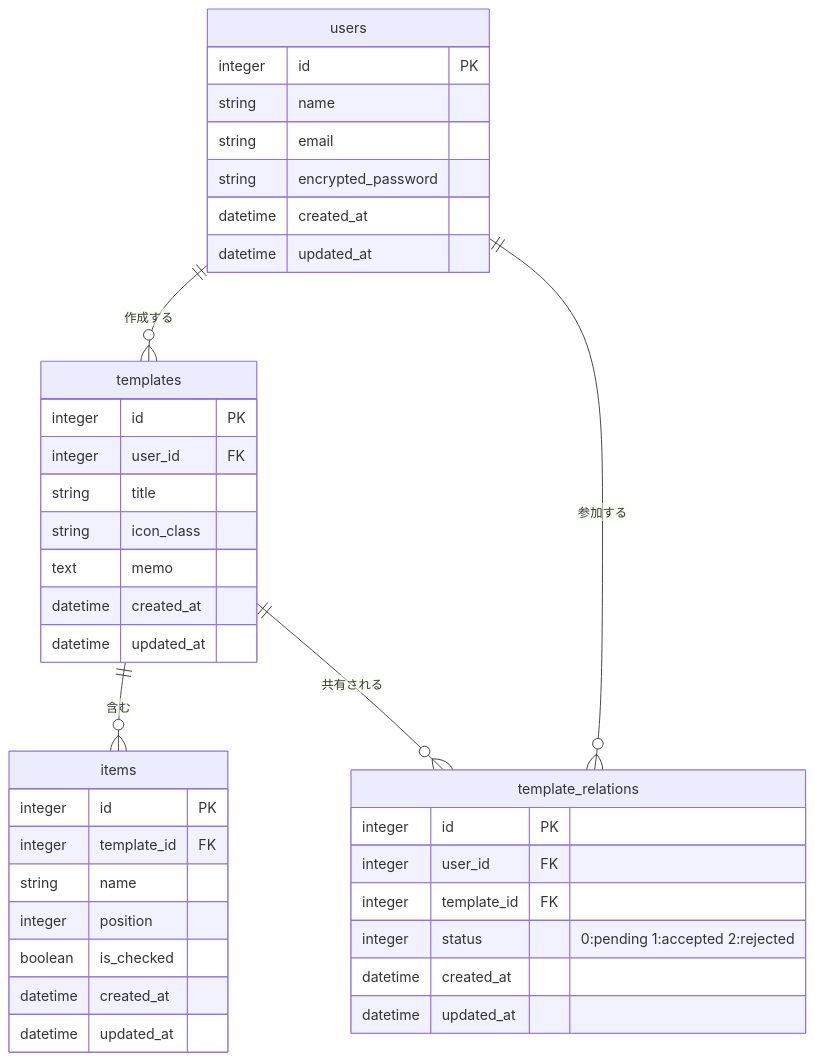
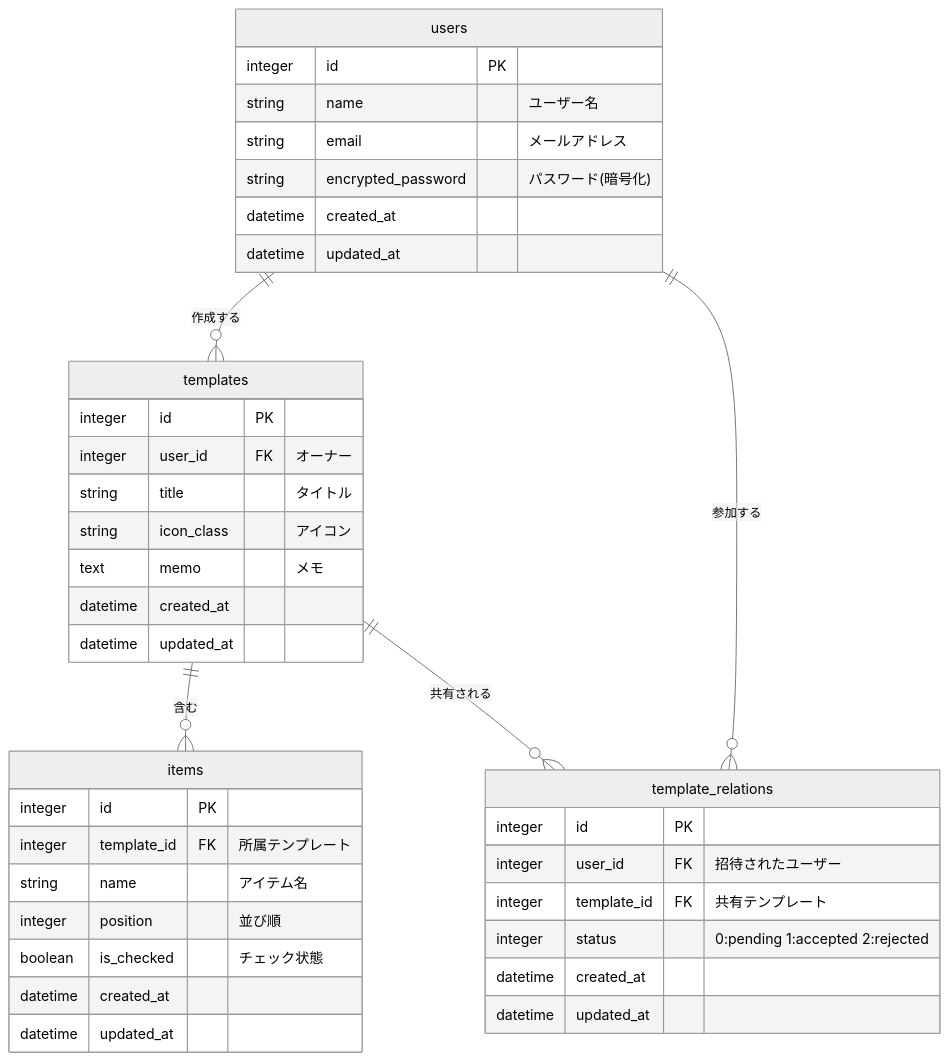
Before and after one commit to Tyapiiiiii/list_app: the first of 2 diagrams in README.md, drawn with Mermaid. The commit also changed 2 other files, not shown here.

Commit message:
ER図の改善

````diff
--- a/README.md
+++ b/README.md
@@ -144,42 +144,43 @@
 ```mermaid
+%%{init: {'theme': 'neutral', 'er': {'layoutDirection': 'TB'}}}%%
 erDiagram
     users {
-        integer id PK
-        string name
-        string email
-        string encrypted_password
+        integer  id                PK
+        string   name              "ユーザー名"
+        string   email             "メールアドレス"
+        string   encrypted_password "パスワード(暗号化)"
         datetime created_at
         datetime updated_at
     }
     templates {
-        integer id PK
-        integer user_id FK
-        string title
-        string icon_class
-        text memo
+        integer  id          PK
+        integer  user_id     FK "オーナー"
+        string   title       "タイトル"
+        string   icon_class  "アイコン"
+        text     memo        "メモ"
         datetime created_at
         datetime updated_at
     }
     items {
-        integer id PK
-        integer template_id FK
-        string name
-        integer position
-        boolean is_checked
+        integer  id          PK
+        integer  template_id FK "所属テンプレート"
+        string   name        "アイテム名"
+        integer  position    "並び順"
+        boolean  is_checked  "チェック状態"
         datetime created_at
         datetime updated_at
     }
     template_relations {
-        integer id PK
-        integer user_id FK
-        integer template_id FK
-        integer status "0:pending 1:accepted 2:rejected"
+        integer  id          PK
+        integer  user_id     FK "招待されたユーザー"
+        integer  template_id FK "共有テンプレート"
+        integer  status      "0:pending 1:accepted 2:rejected"
         datetime created_at
         datetime updated_at
     }
 
     users ||--o{ templates : "作成する"
     users ||--o{ template_relations : "参加する"
     templates ||--o{ items : "含む"
     templates ||--o{ template_relations : "共有される"
 ```
````
